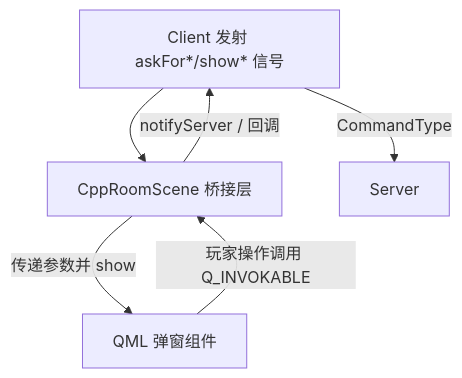
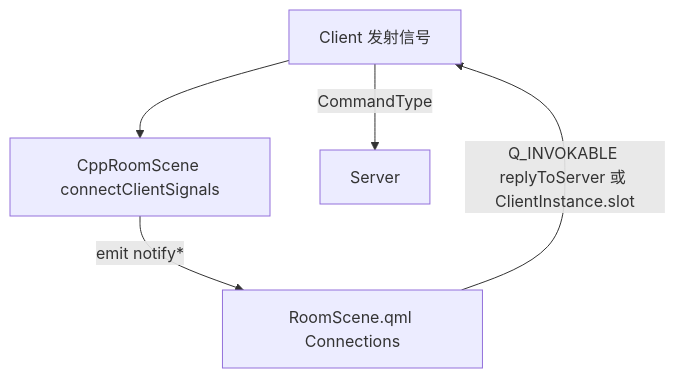
Before and after one commit to lwtmusou/touhoukill: the diagram in qml/plan.md, drawn with Mermaid. The commit also changed other lines of this file and 2 other files, not shown here.

````diff
--- a/qml/plan.md
+++ b/qml/plan.md
@@ -46,8 +68,7 @@
 ```mermaid
 flowchart TD
-    Client[Client 发射 askFor*/show* 信号] --> Bridge[CppRoomScene 桥接层]
-    Bridge -->|传递参数并 show| QML[QML 弹窗组件]
-    QML -->|玩家操作调用 Q_INVOKABLE| Bridge
-    Bridge -->|notifyServer / 回调| Client
+    Client[Client 发射信号] --> Bridge[CppRoomScene connectClientSignals]
+    Bridge -->|emit notify*| QML[RoomScene.qml Connections]
+    QML -->|Q_INVOKABLE replyToServer 或 ClientInstance.slot| Client
     Client -->|CommandType| Server
 ```
````
